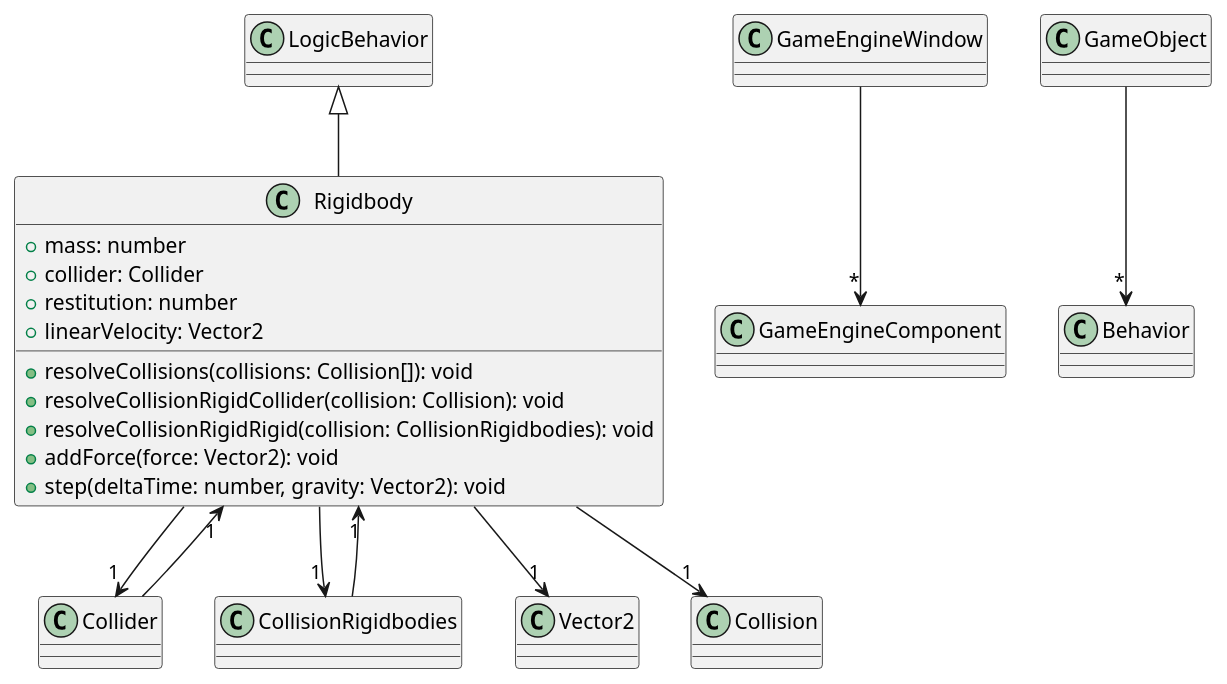
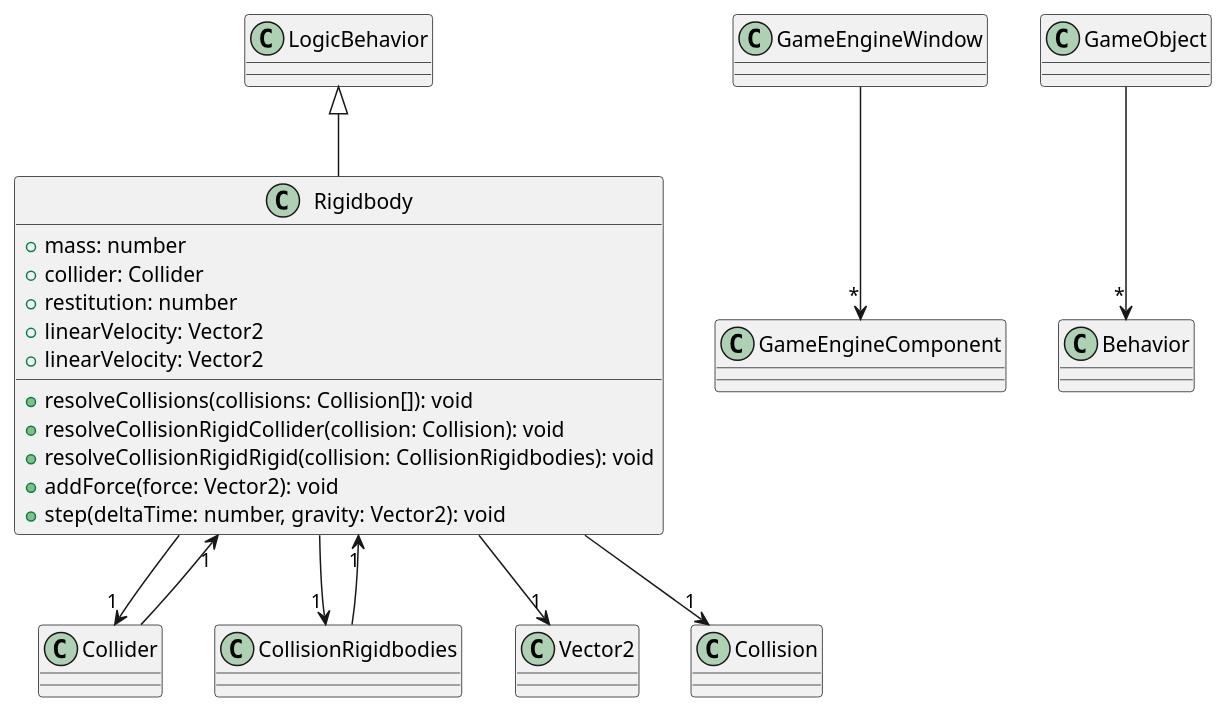
Before and after one commit to CPNV-ES/game-engine: the diagram in doc/diagrams/Extensions_PhysicsEngine_Rigidbodies.puml, drawn with PlantUML. The commit also changed 1 other file, not shown here.

Commit message:
docs: update the diagrams and doc for the new velocity setter in rigidbodies

```diff
--- a/doc/diagrams/Extensions_PhysicsEngine_Rigidbodies.puml
+++ b/doc/diagrams/Extensions_PhysicsEngine_Rigidbodies.puml
@@ -1,21 +1,22 @@
 @startuml
 class Rigidbody extends LogicBehavior {
     +mass: number
     +collider: Collider
     +restitution: number
+    +linearVelocity: Vector2
     +linearVelocity: Vector2
     +resolveCollisions(collisions: Collision[]): void
     +resolveCollisionRigidCollider(collision: Collision): void
     +resolveCollisionRigidRigid(collision: CollisionRigidbodies): void
     +addForce(force: Vector2): void
     +step(deltaTime: number, gravity: Vector2): void
 }
 GameEngineWindow --> "*" GameEngineComponent
 GameObject --> "*" Behavior
 Collider --> "1" Rigidbody
 CollisionRigidbodies --> "1" Rigidbody
 Rigidbody --> "1" Vector2
 Rigidbody --> "1" Collider
 Rigidbody --> "1" Collision
 Rigidbody --> "1" CollisionRigidbodies
 @enduml
```
